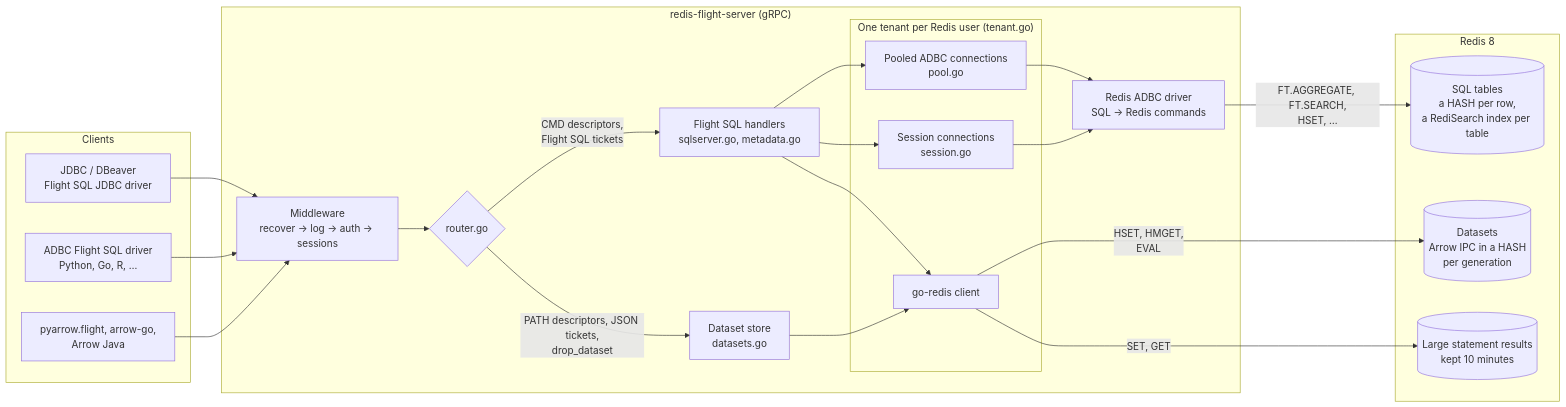
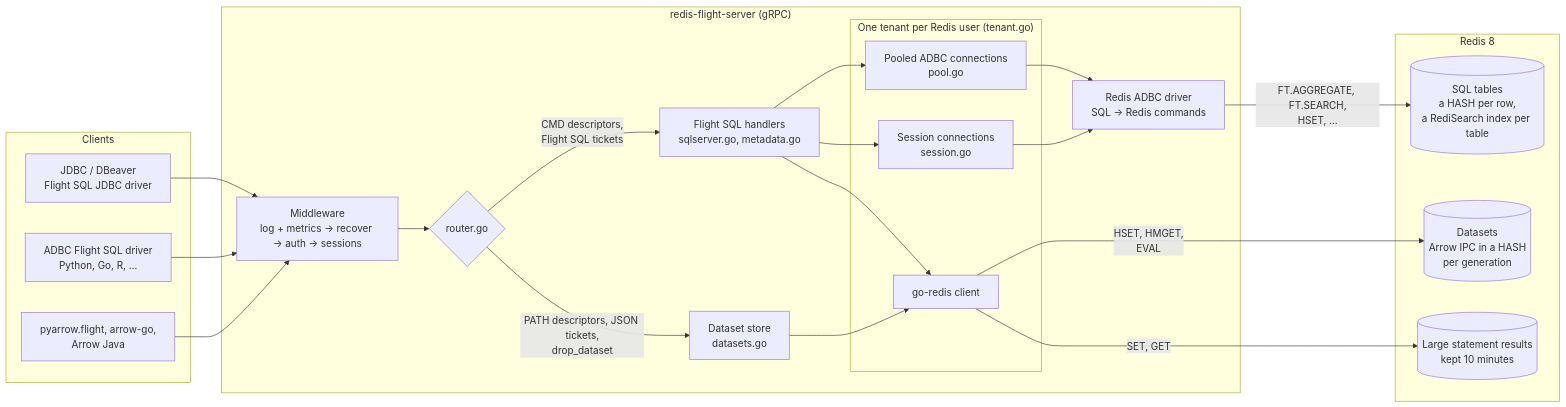
The first of 5 diagrams in README.md (redis/redis-apache-arrow-flight), drawn with Mermaid before and after one commit. The commit also changed other lines of this file and 18 other files, not shown here.

````diff
--- a/README.md
+++ b/README.md
@@ -43,43 +43,43 @@
 ```mermaid
 flowchart LR
     subgraph clients["Clients"]
         jdbc["JDBC / DBeaver<br/>Flight SQL JDBC driver"]
         adbc["ADBC Flight SQL driver<br/>Python, Go, R, …"]
         fl["pyarrow.flight, arrow-go,<br/>Arrow Java"]
     end
 
     subgraph server["redis-flight-server (gRPC)"]
-        mw["Middleware<br/>recover → log → auth → sessions"]
+        mw["Middleware<br/>log + metrics → recover → auth → sessions"]
         router{"router.go"}
         sql["Flight SQL handlers<br/>sqlserver.go, metadata.go"]
         ds["Dataset store<br/>datasets.go"]
         subgraph tenant["One tenant per Redis user (tenant.go)"]
             pool["Pooled ADBC connections<br/>pool.go"]
             sess["Session connections<br/>session.go"]
             gr["go-redis client"]
         end
         drv["Redis ADBC driver<br/>SQL → Redis commands"]
     end
 
     subgraph redis["Redis 8"]
         tables[("SQL tables<br/>a HASH per row,<br/>a RediSearch index per table")]
         dsk[("Datasets<br/>Arrow IPC in a HASH<br/>per generation")]
         res[("Large statement results<br/>kept 10 minutes")]
     end
 
     jdbc --> mw
     adbc --> mw
     fl --> mw
     mw --> router
     router -- "CMD descriptors,<br/>Flight SQL tickets" --> sql
     router -- "PATH descriptors, JSON tickets,<br/>drop_dataset" --> ds
     sql --> pool
     sql --> sess
     pool --> drv
     sess --> drv
     drv -- "FT.AGGREGATE, FT.SEARCH,<br/>HSET, …" --> tables
     sql --> gr
     ds --> gr
     gr -- "HSET, HMGET,<br/>EVAL" --> dsk
     gr -- "SET, GET" --> res
 ```
````
